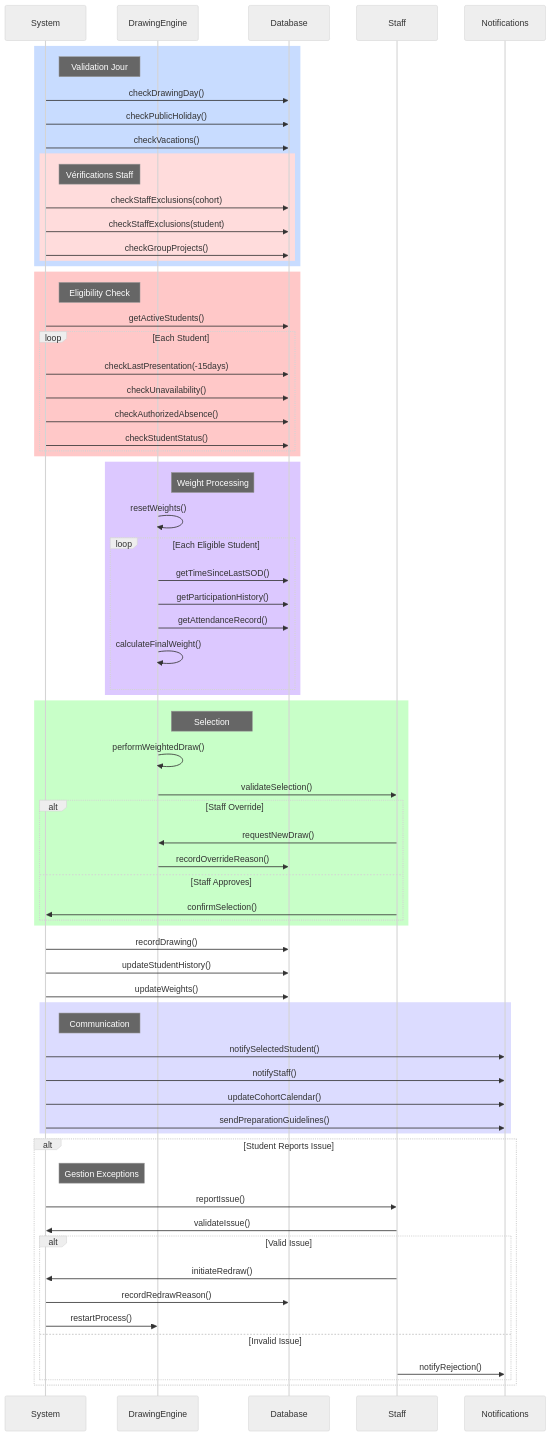
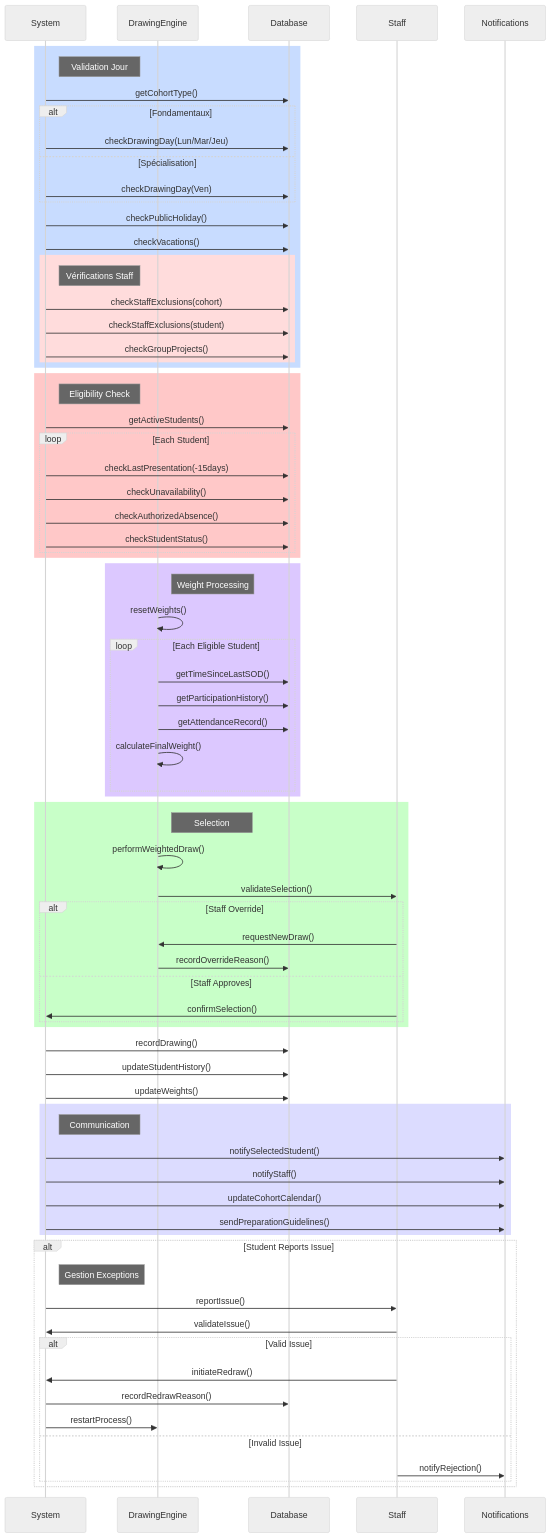
The diagram in docs/uml/workflows/rituals/sod_flow.mmd (Noziop/holberton_rituals), drawn with Mermaid (neutral theme) before and after one commit. The commit also changed 6 other files, not shown here.

```diff
--- a/docs/uml/workflows/rituals/sod_flow.mmd
+++ b/docs/uml/workflows/rituals/sod_flow.mmd
@@ -1,88 +1,95 @@
 sequenceDiagram
     participant S as System
     participant D as DrawingEngine
     participant DB as Database
     participant Staff
     participant N as Notifications
 
     %% Phase 1: Initial Checks
     rect rgb(200, 220, 255)
         Note right of S: Validation Jour
-        S->>DB: checkDrawingDay()
+        S->>DB: getCohortType()
+        
+        alt Fondamentaux
+            S->>DB: checkDrawingDay(Lun/Mar/Jeu)
+        else Spécialisation
+            S->>DB: checkDrawingDay(Ven)
+        end
+
         S->>DB: checkPublicHoliday()
         S->>DB: checkVacations()
         
         rect rgb(255, 220, 220)
             Note right of S: Vérifications Staff
             S->>DB: checkStaffExclusions(cohort)
             S->>DB: checkStaffExclusions(student)
             S->>DB: checkGroupProjects()
         end
     end
 
     %% Phase 2: Student Eligibility
     rect rgb(255, 200, 200)
         Note right of S: Eligibility Check
         S->>DB: getActiveStudents()
         loop Each Student
             S->>DB: checkLastPresentation(-15days)
             S->>DB: checkUnavailability()
             S->>DB: checkAuthorizedAbsence()
             S->>DB: checkStudentStatus()
         end
     end
 
     %% Phase 3: Weight Calculation
     rect rgb(220, 200, 255)
         Note right of D: Weight Processing
         D->>D: resetWeights()
         loop Each Eligible Student
             D->>DB: getTimeSinceLastSOD()
             D->>DB: getParticipationHistory()
             D->>DB: getAttendanceRecord()
             D->>D: calculateFinalWeight()
         end
     end
 
     %% Phase 4: Drawing Process
     rect rgb(200, 255, 200)
         Note right of D: Selection
         D->>D: performWeightedDraw()
         D->>Staff: validateSelection()
         
         alt Staff Override
             Staff->>D: requestNewDraw()
             D->>DB: recordOverrideReason()
         else Staff Approves
             Staff->>S: confirmSelection()
         end
     end
 
     %% Phase 5: Assignment & Recording
     S->>DB: recordDrawing()
     S->>DB: updateStudentHistory()
     S->>DB: updateWeights()
 
     %% Phase 6: Notifications
     rect rgb(220, 220, 255)
         Note right of S: Communication
         S->>N: notifySelectedStudent()
         S->>N: notifyStaff()
         S->>N: updateCohortCalendar()
         S->>N: sendPreparationGuidelines()
     end
 
     %% Phase 7: Exception Handling
     alt Student Reports Issue
         Note right of S: Gestion Exceptions
         S->>Staff: reportIssue()
         Staff->>S: validateIssue()
         
         alt Valid Issue
             Staff->>S: initiateRedraw()
             S->>DB: recordRedrawReason()
             S->>D: restartProcess()
         else Invalid Issue
             Staff->>N: notifyRejection()
         end
     end
```
